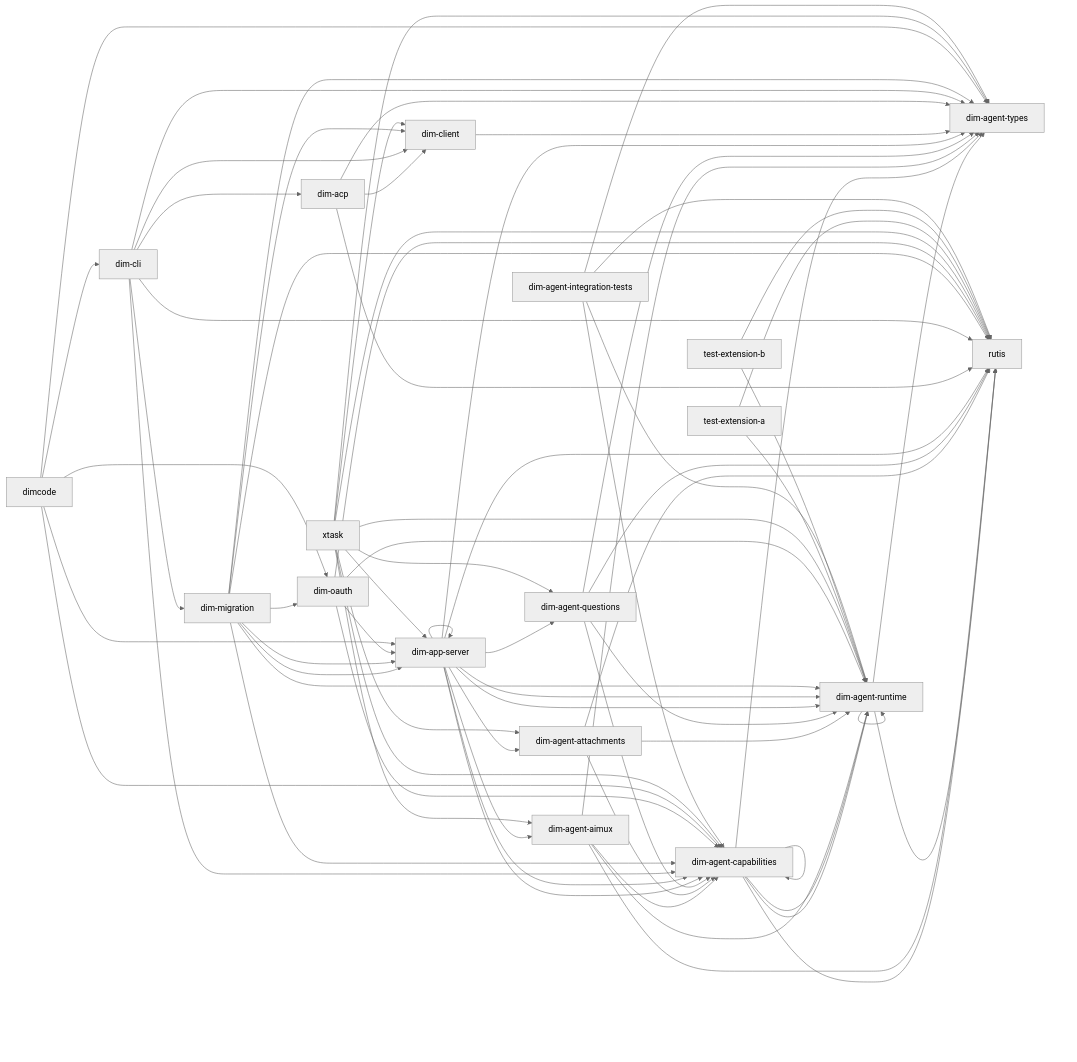
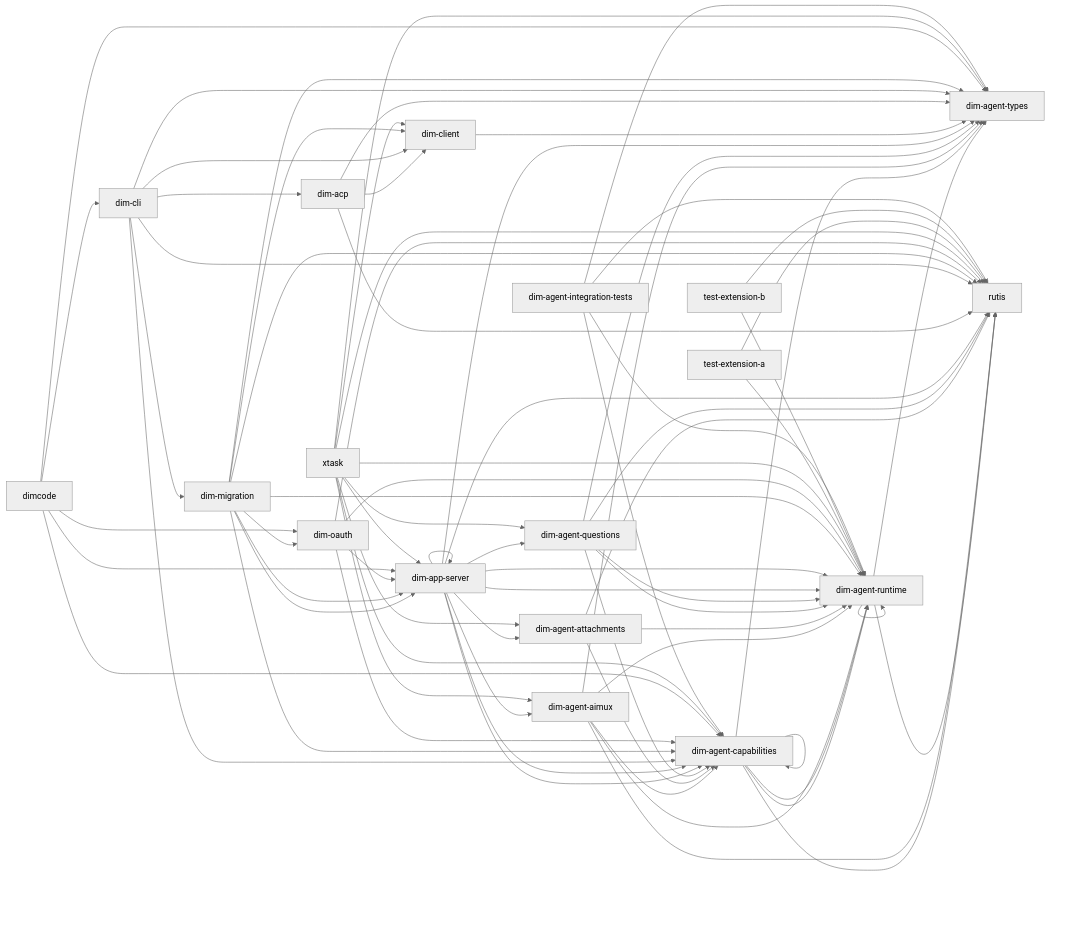
One commit to CoutinhoTTS/dim-agent changed the diagram in docs/architecture/rust-agent/generated/crates.mmd. Above: the diagram before and after it, drawn with Mermaid (neutral theme). The commit also changed 68 other files, not shown here.

First line of the commit message:
refactor(runtime): build an Agent only in its host's loader (M6)

```diff
--- a/docs/architecture/rust-agent/generated/crates.mmd
+++ b/docs/architecture/rust-agent/generated/crates.mmd
@@ -1,75 +1,77 @@
 %% Generated from cargo metadata; do not edit.
 flowchart LR
   dim_agent_runtime["dim-agent-runtime"] --> dim_agent_types["dim-agent-types"]
   dim_agent_runtime["dim-agent-runtime"] --> rutis["rutis"]
   dim_agent_runtime["dim-agent-runtime"] --> dim_agent_runtime["dim-agent-runtime"]
   dim_agent_capabilities["dim-agent-capabilities"] --> dim_agent_runtime["dim-agent-runtime"]
   dim_agent_capabilities["dim-agent-capabilities"] --> dim_agent_types["dim-agent-types"]
   dim_agent_capabilities["dim-agent-capabilities"] --> rutis["rutis"]
   dim_agent_capabilities["dim-agent-capabilities"] --> dim_agent_capabilities["dim-agent-capabilities"]
   dim_agent_capabilities["dim-agent-capabilities"] --> dim_agent_runtime["dim-agent-runtime"]
   dim_agent_aimux["dim-agent-aimux"] --> dim_agent_capabilities["dim-agent-capabilities"]
   dim_agent_aimux["dim-agent-aimux"] --> dim_agent_runtime["dim-agent-runtime"]
   dim_agent_aimux["dim-agent-aimux"] --> dim_agent_types["dim-agent-types"]
   dim_agent_aimux["dim-agent-aimux"] --> rutis["rutis"]
+  dim_agent_aimux["dim-agent-aimux"] --> dim_agent_runtime["dim-agent-runtime"]
   dim_agent_attachments["dim-agent-attachments"] --> dim_agent_capabilities["dim-agent-capabilities"]
   dim_agent_attachments["dim-agent-attachments"] --> dim_agent_runtime["dim-agent-runtime"]
   dim_agent_attachments["dim-agent-attachments"] --> rutis["rutis"]
   dim_agent_questions["dim-agent-questions"] --> dim_agent_capabilities["dim-agent-capabilities"]
   dim_agent_questions["dim-agent-questions"] --> dim_agent_runtime["dim-agent-runtime"]
   dim_agent_questions["dim-agent-questions"] --> dim_agent_types["dim-agent-types"]
   dim_agent_questions["dim-agent-questions"] --> rutis["rutis"]
+  dim_agent_questions["dim-agent-questions"] --> dim_agent_runtime["dim-agent-runtime"]
   dim_app_server["dim-app-server"] --> dim_agent_aimux["dim-agent-aimux"]
   dim_app_server["dim-app-server"] --> dim_agent_attachments["dim-agent-attachments"]
   dim_app_server["dim-app-server"] --> dim_agent_capabilities["dim-agent-capabilities"]
   dim_app_server["dim-app-server"] --> dim_agent_questions["dim-agent-questions"]
   dim_app_server["dim-app-server"] --> dim_agent_runtime["dim-agent-runtime"]
   dim_app_server["dim-app-server"] --> dim_agent_types["dim-agent-types"]
   dim_app_server["dim-app-server"] --> rutis["rutis"]
   dim_app_server["dim-app-server"] --> dim_agent_capabilities["dim-agent-capabilities"]
   dim_app_server["dim-app-server"] --> dim_agent_runtime["dim-agent-runtime"]
   dim_app_server["dim-app-server"] --> dim_app_server["dim-app-server"]
   dim_client["dim-client"] --> dim_agent_types["dim-agent-types"]
   dim_acp["dim-acp"] --> dim_agent_types["dim-agent-types"]
   dim_acp["dim-acp"] --> dim_client["dim-client"]
   dim_acp["dim-acp"] --> rutis["rutis"]
   dim_cli["dim-cli"] --> dim_acp["dim-acp"]
   dim_cli["dim-cli"] --> dim_agent_capabilities["dim-agent-capabilities"]
   dim_cli["dim-cli"] --> dim_agent_types["dim-agent-types"]
   dim_cli["dim-cli"] --> dim_client["dim-client"]
   dim_cli["dim-cli"] --> dim_migration["dim-migration"]
   dim_cli["dim-cli"] --> rutis["rutis"]
   dim_migration["dim-migration"] --> dim_agent_capabilities["dim-agent-capabilities"]
   dim_migration["dim-migration"] --> dim_agent_runtime["dim-agent-runtime"]
   dim_migration["dim-migration"] --> dim_agent_types["dim-agent-types"]
   dim_migration["dim-migration"] --> dim_app_server["dim-app-server"]
   dim_migration["dim-migration"] --> rutis["rutis"]
   dim_migration["dim-migration"] --> dim_app_server["dim-app-server"]
   dim_migration["dim-migration"] --> dim_client["dim-client"]
   dim_migration["dim-migration"] --> dim_oauth["dim-oauth"]
   dim_oauth["dim-oauth"] --> dim_agent_capabilities["dim-agent-capabilities"]
   dim_oauth["dim-oauth"] --> dim_agent_runtime["dim-agent-runtime"]
   dim_oauth["dim-oauth"] --> dim_app_server["dim-app-server"]
   dim_oauth["dim-oauth"] --> rutis["rutis"]
   dimcode["dimcode"] --> dim_app_server["dim-app-server"]
   dimcode["dimcode"] --> dim_cli["dim-cli"]
   dimcode["dimcode"] --> dim_oauth["dim-oauth"]
   dimcode["dimcode"] --> dim_agent_capabilities["dim-agent-capabilities"]
   dimcode["dimcode"] --> dim_agent_types["dim-agent-types"]
   xtask["xtask"] --> dim_agent_aimux["dim-agent-aimux"]
   xtask["xtask"] --> dim_agent_attachments["dim-agent-attachments"]
   xtask["xtask"] --> dim_agent_capabilities["dim-agent-capabilities"]
   xtask["xtask"] --> dim_agent_questions["dim-agent-questions"]
   xtask["xtask"] --> dim_agent_runtime["dim-agent-runtime"]
   xtask["xtask"] --> dim_agent_types["dim-agent-types"]
   xtask["xtask"] --> dim_app_server["dim-app-server"]
   xtask["xtask"] --> dim_client["dim-client"]
   xtask["xtask"] --> rutis["rutis"]
   test_extension_a["test-extension-a"] --> dim_agent_runtime["dim-agent-runtime"]
   test_extension_a["test-extension-a"] --> rutis["rutis"]
   test_extension_b["test-extension-b"] --> dim_agent_runtime["dim-agent-runtime"]
   test_extension_b["test-extension-b"] --> rutis["rutis"]
   dim_agent_integration_tests["dim-agent-integration-tests"] --> dim_agent_capabilities["dim-agent-capabilities"]
   dim_agent_integration_tests["dim-agent-integration-tests"] --> dim_agent_runtime["dim-agent-runtime"]
   dim_agent_integration_tests["dim-agent-integration-tests"] --> dim_agent_types["dim-agent-types"]
   dim_agent_integration_tests["dim-agent-integration-tests"] --> rutis["rutis"]
```
